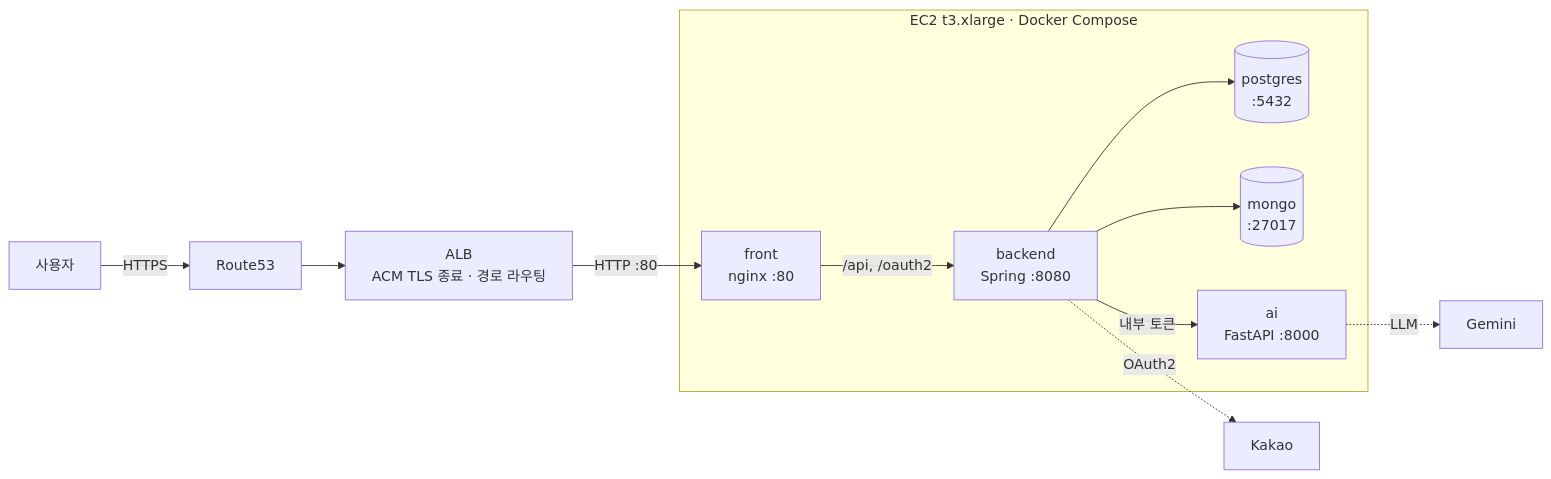
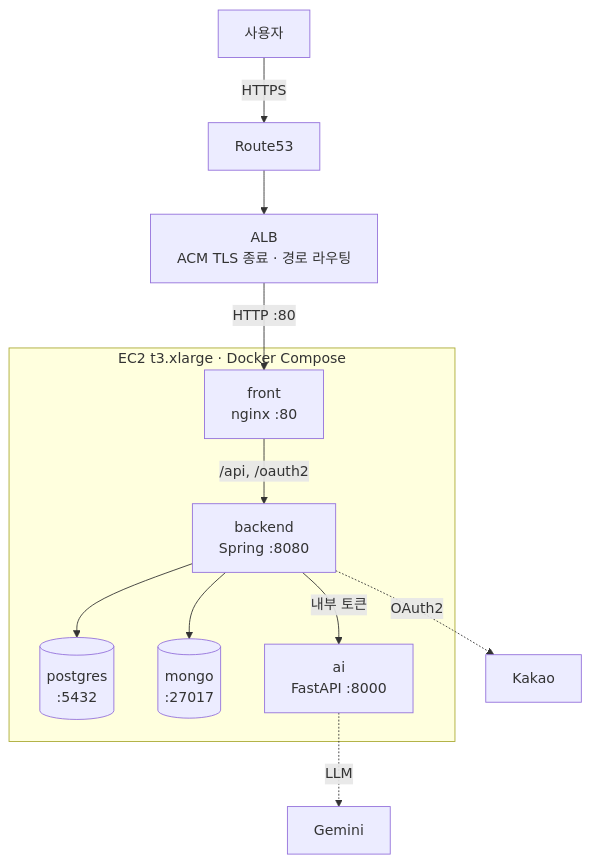
One commit to kimgaryoung/KTB-AI-hacker-toon changed the diagram in README.md. Above: the diagram before and after it, drawn with Mermaid. The commit also changed other lines of this file and 2 other files, not shown here.

Commit message:
docs: 아키텍처 SVG 교체, 다이어그램 세로 배치, Flyway 설명 보강, 로컬 실행 상세 제거

````diff
--- a/README.md
+++ b/README.md
@@ -65,15 +65,15 @@
 ```mermaid
-flowchart LR
+flowchart TB
     U[사용자] -- HTTPS --> R53[Route53] --> ALB[ALB<br/>ACM TLS 종료 · 경로 라우팅]
     ALB -- HTTP :80 --> FE
 
     subgraph EC2["EC2 t3.xlarge · Docker Compose"]
         FE[front<br/>nginx :80] -- /api, /oauth2 --> BE[backend<br/>Spring :8080]
         BE --> PG[(postgres<br/>:5432)]
         BE --> MG[(mongo<br/>:27017)]
         BE -- 내부 토큰 --> AI[ai<br/>FastAPI :8000]
     end
 
     BE -. OAuth2 .-> KAKAO[Kakao]
     AI -. LLM .-> GEMINI[Gemini]
 ```
````
